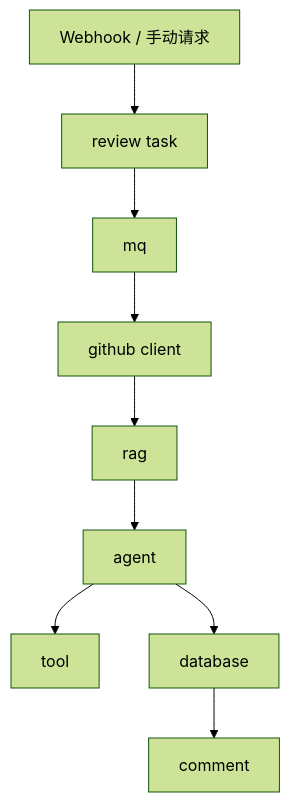
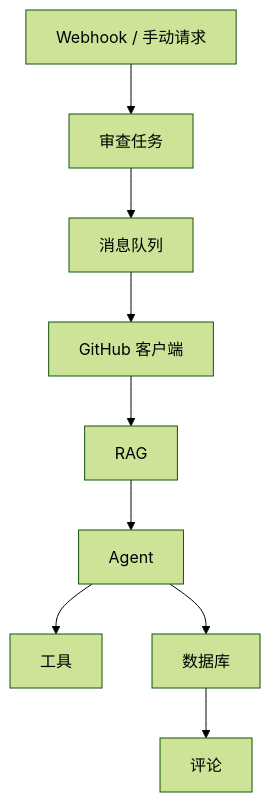
The diagram in docs/architecture.md (liche719/codeAireview), drawn with Mermaid (forest theme) before and after one commit. The commit also changed other lines of this file and 3 other files, not shown here.

````diff
--- a/docs/architecture.md
+++ b/docs/architecture.md
@@ -43,11 +43,11 @@
 ```mermaid
 flowchart TD
-    A["Webhook / 手动请求"] --> B["review task"]
-    B --> C["mq"]
-    C --> D["github client"]
-    D --> E["rag"]
-    E --> F["agent"]
-    F --> G["tool"]
-    F --> H["database"]
-    H --> I["comment"]
+    A["Webhook / 手动请求"] --> B["审查任务"]
+    B --> C["消息队列"]
+    C --> D["GitHub 客户端"]
+    D --> E["RAG"]
+    E --> F["Agent"]
+    F --> G["工具"]
+    F --> H["数据库"]
+    H --> I["评论"]
 ```
````
